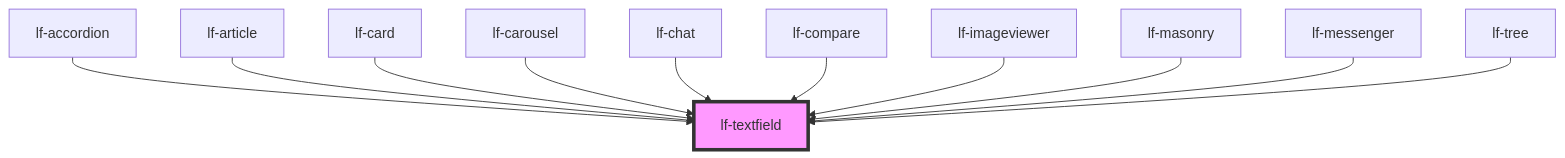
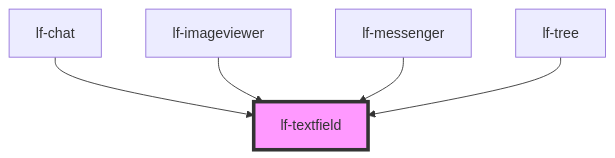
Before and after one commit to lucafoscili/lf-widgets: the diagram in packages/core/src/components/lf-textfield/readme.md, drawn with Mermaid. The commit also changed other lines of this file and 68 other files, not shown here.

````diff
--- a/packages/core/src/components/lf-textfield/readme.md
+++ b/packages/core/src/components/lf-textfield/readme.md
@@ -162,14 +156,8 @@
 ```mermaid
 graph TD;
-  lf-accordion --> lf-textfield
-  lf-article --> lf-textfield
-  lf-card --> lf-textfield
-  lf-carousel --> lf-textfield
   lf-chat --> lf-textfield
-  lf-compare --> lf-textfield
   lf-imageviewer --> lf-textfield
-  lf-masonry --> lf-textfield
   lf-messenger --> lf-textfield
   lf-tree --> lf-textfield
   style lf-textfield fill:#f9f,stroke:#333,stroke-width:4px
 ```
````
